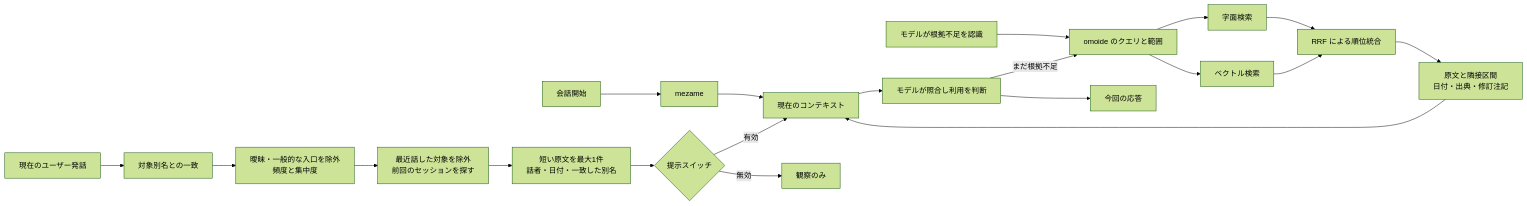
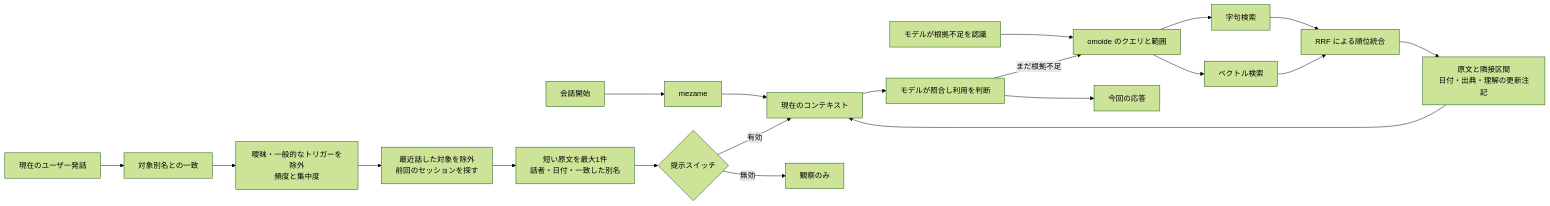
One commit to ikarugaikoi/hikaru-memory changed the second of 4 diagrams in docs/ja/architecture.md. Above: the diagram before and after it, drawn with Mermaid (forest theme). The commit also changed other lines of this file and 26 other files, not shown here.

````diff
--- a/docs/ja/architecture.md
+++ b/docs/ja/architecture.md
@@ -58,22 +58,22 @@
 ```mermaid
 flowchart LR
     Begin[会話開始] --> Wake[mezame]
     Wake --> Context[現在のコンテキスト]
     Need[モデルが根拠不足を認識] --> Query[omoide のクエリと範囲]
-    Query --> BM25[字面検索]
+    Query --> BM25[字句検索]
     Query --> Vector[ベクトル検索]
     BM25 --> RRF[RRF による順位統合]
     Vector --> RRF
-    RRF --> Window[原文と隣接区間\n日付・出典・修訂注記]
+    RRF --> Window[原文と隣接区間\n日付・出典・理解の更新注記]
     Window --> Context
     Prompt[現在のユーザー発話] --> Alias[対象別名との一致]
-    Alias --> Gate[曖昧・一般的な入口を除外\n頻度と集中度]
+    Alias --> Gate[曖昧・一般的なトリガーを除外\n頻度と集中度]
     Gate --> Recent[最近話した対象を除外\n前回のセッションを探す]
     Recent --> Small[短い原文を最大1件\n話者・日付・一致した別名]
     Small --> Switch{提示スイッチ}
     Switch -->|無効| Shadow[観察のみ]
     Switch -->|有効| Context
     Context --> Model[モデルが照合し利用を判断]
     Model -->|まだ根拠不足| Query
     Model --> Reply[今回の応答]
 ```
````
